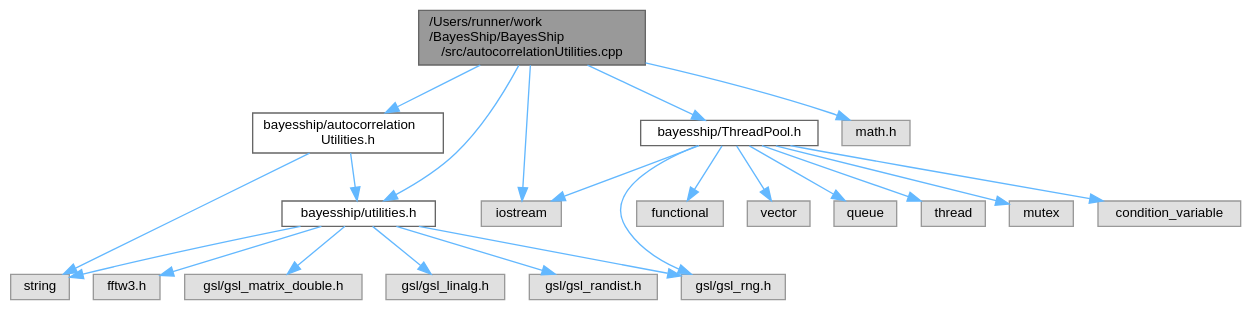
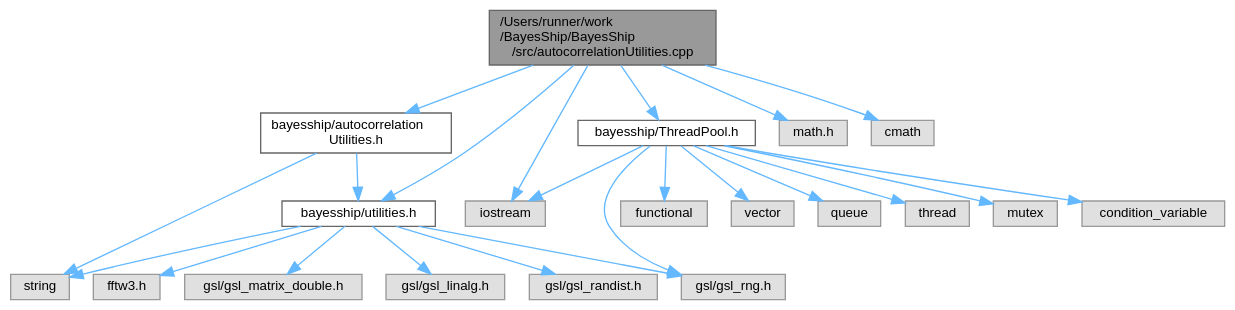
Before and after one commit to bayescollab/BayesShip: the diagram in autocorrelationUtilities_8cpp__incl.dot, drawn with Graphviz. The commit also changed 5 other files, not shown here.

```diff
--- a/autocorrelationUtilities_8cpp__incl.dot
+++ b/autocorrelationUtilities_8cpp__incl.dot
@@ -1,46 +1,48 @@
 digraph "/Users/runner/work/BayesShip/BayesShip/src/autocorrelationUtilities.cpp"
 {
  // LATEX_PDF_SIZE
   bgcolor="transparent";
   edge [fontname=Helvetica,fontsize=10,labelfontname=Helvetica,labelfontsize=10];
   node [fontname=Helvetica,fontsize=10,shape=box,height=0.2,width=0.4];
   Node1 [label="/Users/runner/work\l/BayesShip/BayesShip\l/src/autocorrelationUtilities.cpp",height=0.2,width=0.4,color="gray40", fillcolor="grey60", style="filled", fontcolor="black",tooltip=" "];
   Node1 -> Node2 [color="steelblue1",style="solid"];
   Node2 [label="bayesship/autocorrelation\lUtilities.h",height=0.2,width=0.4,color="grey40", fillcolor="white", style="filled",URL="$autocorrelationUtilities_8h.html",tooltip=" "];
   Node2 -> Node3 [color="steelblue1",style="solid"];
   Node3 [label="bayesship/utilities.h",height=0.2,width=0.4,color="grey40", fillcolor="white", style="filled",URL="$utilities_8h.html",tooltip=" "];
   Node3 -> Node4 [color="steelblue1",style="solid"];
   Node4 [label="fftw3.h",height=0.2,width=0.4,color="grey60", fillcolor="#E0E0E0", style="filled",tooltip=" "];
   Node3 -> Node5 [color="steelblue1",style="solid"];
   Node5 [label="string",height=0.2,width=0.4,color="grey60", fillcolor="#E0E0E0", style="filled",tooltip=" "];
   Node3 -> Node6 [color="steelblue1",style="solid"];
   Node6 [label="gsl/gsl_matrix_double.h",height=0.2,width=0.4,color="grey60", fillcolor="#E0E0E0", style="filled",tooltip=" "];
   Node3 -> Node7 [color="steelblue1",style="solid"];
   Node7 [label="gsl/gsl_linalg.h",height=0.2,width=0.4,color="grey60", fillcolor="#E0E0E0", style="filled",tooltip=" "];
   Node3 -> Node8 [color="steelblue1",style="solid"];
   Node8 [label="gsl/gsl_rng.h",height=0.2,width=0.4,color="grey60", fillcolor="#E0E0E0", style="filled",tooltip=" "];
   Node3 -> Node9 [color="steelblue1",style="solid"];
   Node9 [label="gsl/gsl_randist.h",height=0.2,width=0.4,color="grey60", fillcolor="#E0E0E0", style="filled",tooltip=" "];
   Node2 -> Node5 [color="steelblue1",style="solid"];
   Node1 -> Node3 [color="steelblue1",style="solid"];
   Node1 -> Node10 [color="steelblue1",style="solid"];
   Node10 [label="bayesship/ThreadPool.h",height=0.2,width=0.4,color="grey40", fillcolor="white", style="filled",URL="$ThreadPool_8h.html",tooltip=" "];
   Node10 -> Node11 [color="steelblue1",style="solid"];
   Node11 [label="iostream",height=0.2,width=0.4,color="grey60", fillcolor="#E0E0E0", style="filled",tooltip=" "];
   Node10 -> Node12 [color="steelblue1",style="solid"];
   Node12 [label="functional",height=0.2,width=0.4,color="grey60", fillcolor="#E0E0E0", style="filled",tooltip=" "];
   Node10 -> Node13 [color="steelblue1",style="solid"];
   Node13 [label="vector",height=0.2,width=0.4,color="grey60", fillcolor="#E0E0E0", style="filled",tooltip=" "];
   Node10 -> Node14 [color="steelblue1",style="solid"];
   Node14 [label="queue",height=0.2,width=0.4,color="grey60", fillcolor="#E0E0E0", style="filled",tooltip=" "];
   Node10 -> Node15 [color="steelblue1",style="solid"];
   Node15 [label="thread",height=0.2,width=0.4,color="grey60", fillcolor="#E0E0E0", style="filled",tooltip=" "];
   Node10 -> Node16 [color="steelblue1",style="solid"];
   Node16 [label="mutex",height=0.2,width=0.4,color="grey60", fillcolor="#E0E0E0", style="filled",tooltip=" "];
   Node10 -> Node17 [color="steelblue1",style="solid"];
   Node17 [label="condition_variable",height=0.2,width=0.4,color="grey60", fillcolor="#E0E0E0", style="filled",tooltip=" "];
   Node10 -> Node8 [color="steelblue1",style="solid"];
   Node1 -> Node11 [color="steelblue1",style="solid"];
   Node1 -> Node18 [color="steelblue1",style="solid"];
   Node18 [label="math.h",height=0.2,width=0.4,color="grey60", fillcolor="#E0E0E0", style="filled",tooltip=" "];
+  Node1 -> Node19 [color="steelblue1",style="solid"];
+  Node19 [label="cmath",height=0.2,width=0.4,color="grey60", fillcolor="#E0E0E0", style="filled",tooltip=" "];
 }
```
